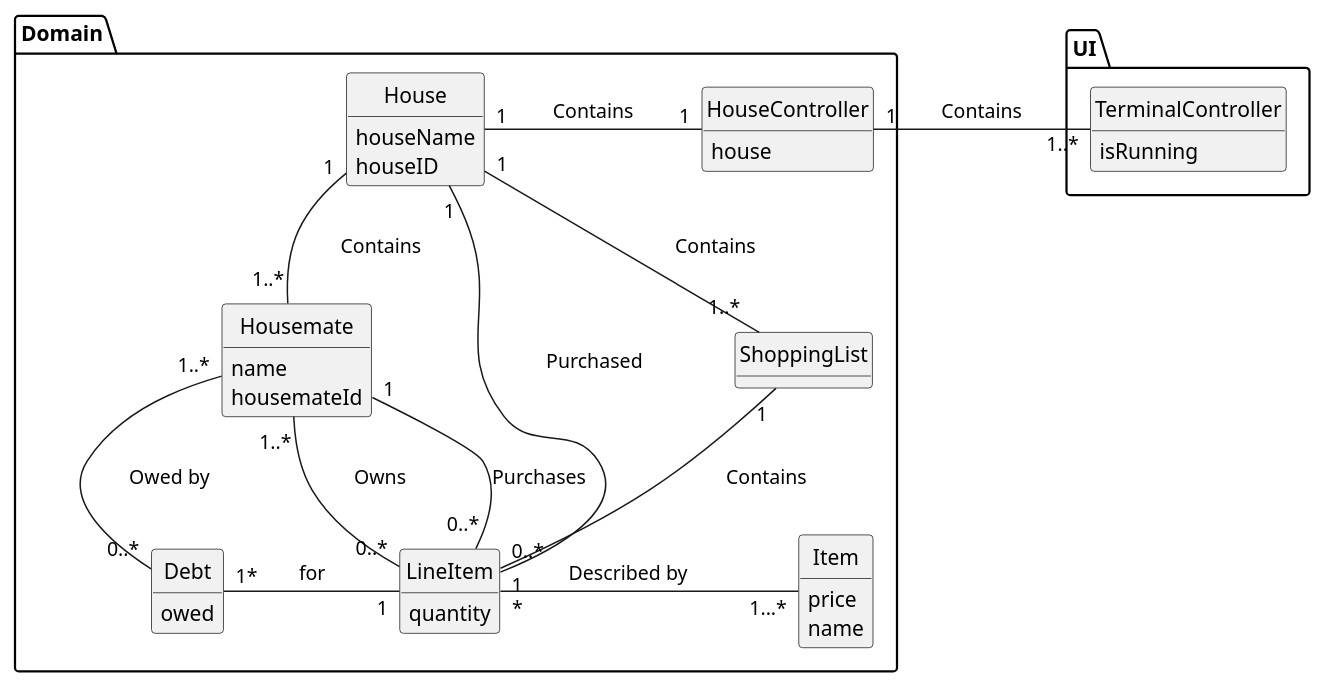
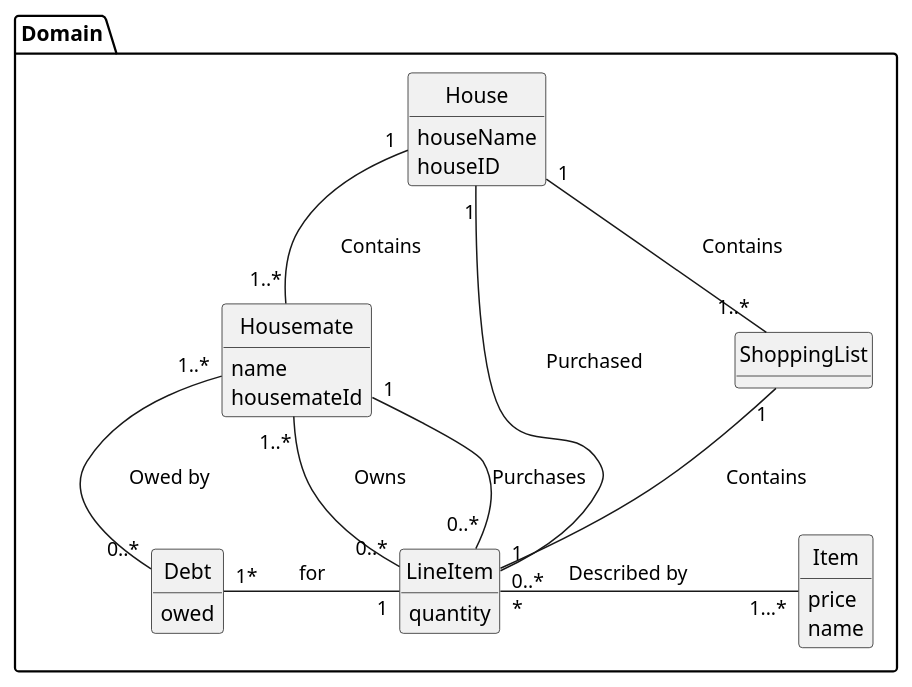
One commit to willemnielsen/House-App changed the first of 4 diagrams in intellij/doc/design.md. Above: the diagram before and after it, drawn with PlantUML.

Commit message:
Removed controller and UI classes from domain model.

````diff
--- a/intellij/doc/design.md
+++ b/intellij/doc/design.md
@@ -2,56 +2,46 @@
 ```plantuml
 @startuml
 hide circle
 hide empty methods
-
-class UI.TerminalController{
-    isRunning
-}
-
-class Domain.HouseController{
-    house
-}
 
 class Domain.House{
     houseName
     houseID
 }
 class Domain.ShoppingList{ 
 }
 class Domain.LineItem{
     quantity
 }
 
 class Domain.Item{
     price
     name
 }
 
 class Domain.Debt{
     owed
 }
 
 
 class Domain.Housemate{   
     name
     housemateId
 }
 
 ' associations
-Domain.HouseController "1" - "1..*" UI.TerminalController : \tContains\t\t
-Domain.House "1" - "1" Domain.HouseController : \tContains\t\t
 Domain.House "1" -- "1..*" Domain.Housemate : \tContains\t\t
 Domain.House "1" -- "1..*" Domain.ShoppingList : \tContains\t\t
 Domain.House "1" -- "1" Domain.LineItem : \tPurchased\t\t
 Domain.Housemate "1..*" - "0..*" Domain.LineItem : \tOwns\t\t
 Domain.ShoppingList "1" -- "0..*" Domain.LineItem : \tContains\t\t
 Domain.LineItem "*" - "1...*" Domain.Item : \tDescribed by \t\t
 Domain.Housemate "1..*" -down- "0..*" Domain.Debt : \tOwed by\t\t
 Domain.Debt "1*" -right- "1" Domain.LineItem : for
 Domain.Housemate "1" - "0..*" Domain.LineItem : Purchases
 @enduml
 
 
 
 
 ```
````
